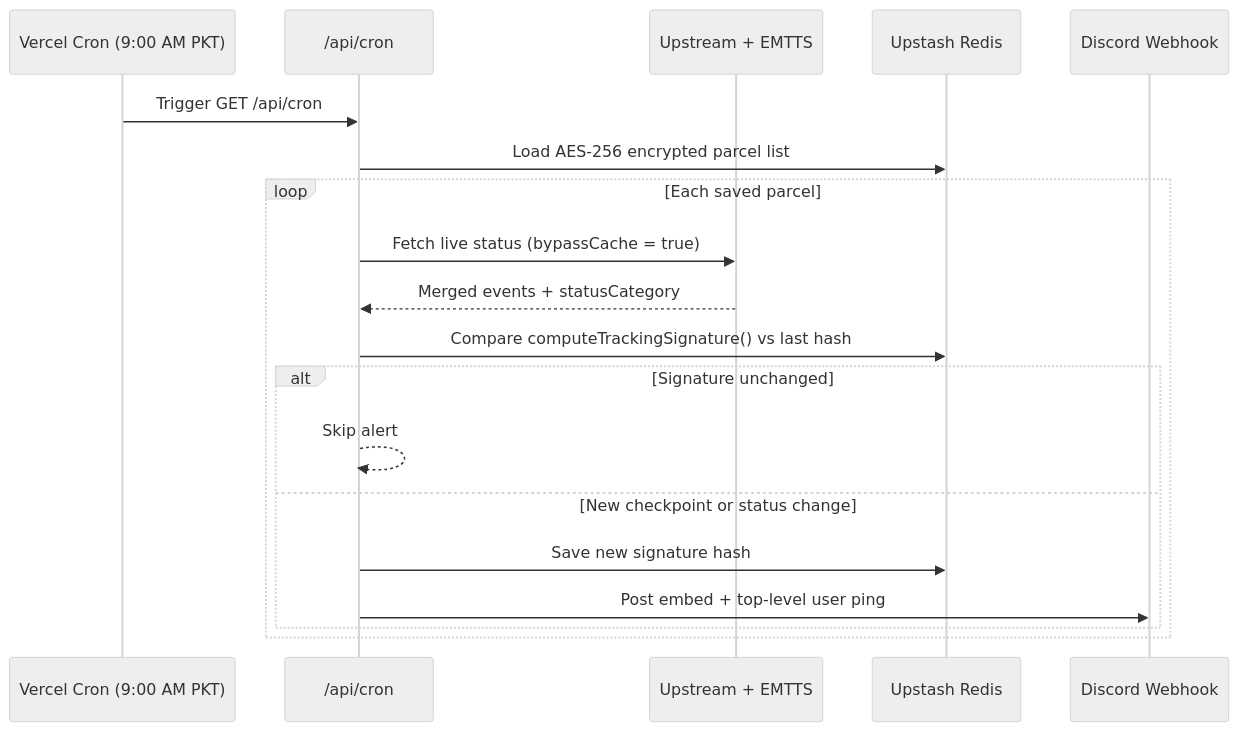
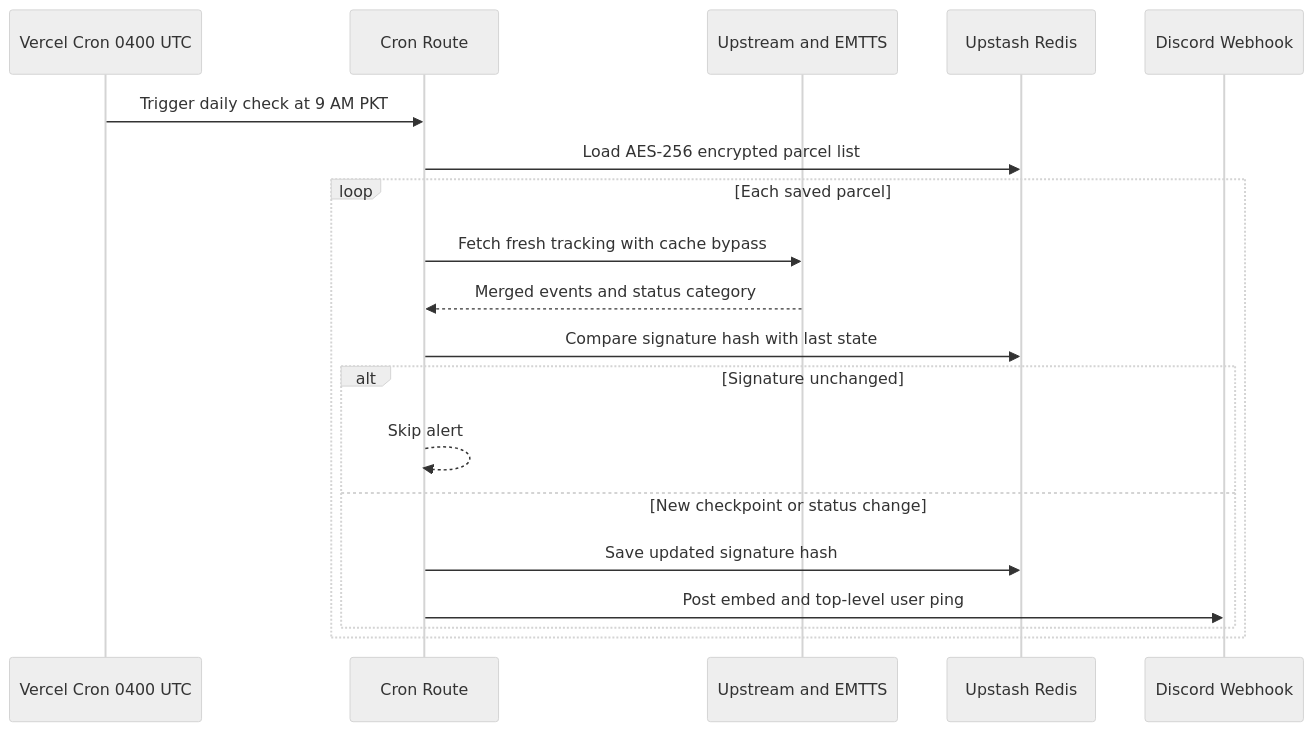
One commit to umerkashiff/pakpost-tracker changed the second of 2 diagrams in README.md. Above: the diagram before and after it, drawn with Mermaid (neutral theme). The commit also changed other lines of this file and 2 other files, not shown here.

Commit message:
docs: fix GitHub Mermaid rendering and upgrade GIF quality

````diff
--- a/README.md
+++ b/README.md
@@ -67,22 +67,22 @@
 ```mermaid
 sequenceDiagram
-    participant Cron as Vercel Cron (9:00 AM PKT)
-    participant API as /api/cron
-    participant Tracker as Upstream + EMTTS
+    participant Cron as Vercel Cron 0400 UTC
+    participant API as Cron Route
+    participant Tracker as Upstream and EMTTS
     participant Redis as Upstash Redis
     participant Discord as Discord Webhook
 
-    Cron->>API: Trigger GET /api/cron
+    Cron->>API: Trigger daily check at 9 AM PKT
     API->>Redis: Load AES-256 encrypted parcel list
     loop Each saved parcel
-        API->>Tracker: Fetch live status (bypassCache = true)
-        Tracker-->>API: Merged events + statusCategory
-        API->>Redis: Compare computeTrackingSignature() vs last hash
+        API->>Tracker: Fetch fresh tracking with cache bypass
+        Tracker-->>API: Merged events and status category
+        API->>Redis: Compare signature hash with last state
         alt Signature unchanged
             API-->>API: Skip alert
         else New checkpoint or status change
-            API->>Redis: Save new signature hash
-            API->>Discord: Post embed + top-level user ping
+            API->>Redis: Save updated signature hash
+            API->>Discord: Post embed and top-level user ping
         end
     end
 ```
````
